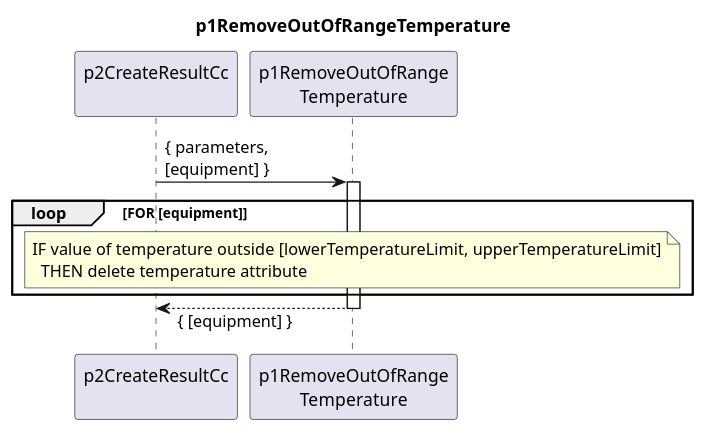
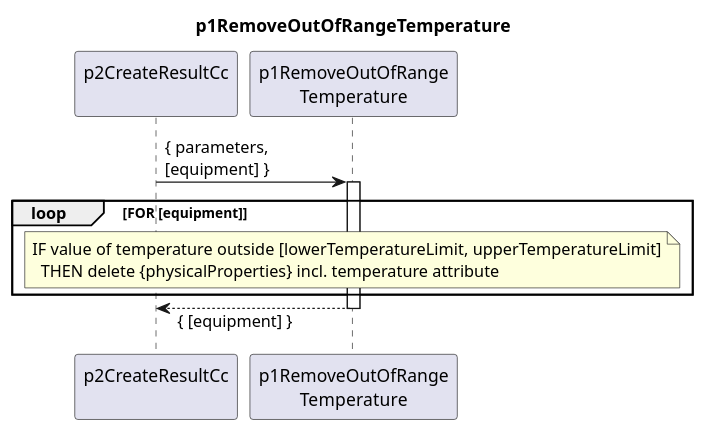
The diagram in spec/Functions/p2StreamPmData/p2ProcessDevice/p2CreateResultCc/p1RemoveOutOfRangeTemperature/1.0.0/p1RemoveOutOfRangeTemperature.plantuml (openBackhaul/DevicePerformanceManagementDataProcessor), drawn with PlantUML before and after one commit. The commit also changed 2 other files, not shown here.

Commit message:
Clarify handling of temperature in p1RemoveOutOfRangeTemperature

```diff
--- a/spec/Functions/p2StreamPmData/p2ProcessDevice/p2CreateResultCc/p1RemoveOutOfRangeTemperature/1.0.0/p1RemoveOutOfRangeTemperature.plantuml
+++ b/spec/Functions/p2StreamPmData/p2ProcessDevice/p2CreateResultCc/p1RemoveOutOfRangeTemperature/1.0.0/p1RemoveOutOfRangeTemperature.plantuml
@@ -1,27 +1,27 @@
 @startuml p1RemoveOutOfRangeTemperature
 skinparam responseMessageBelowArrow true
 
 title
   p1RemoveOutOfRangeTemperature
 end title
 
 participant "p2CreateResultCc\n" as requestor
 participant "p1RemoveOutOfRange\nTemperature" as removeTemp
 
 
   requestor -> removeTemp : { parameters,\n[equipment] }
   activate removeTemp
 
     loop FOR [equipment]
 
       note over removeTemp
         IF value of temperature outside [lowerTemperatureLimit, upperTemperatureLimit]
-          THEN delete temperature attribute
+          THEN delete {physicalProperties} incl. temperature attribute
       end note
 
     end loop
 
   requestor <-- removeTemp: { [equipment] }
   deactivate removeTemp
 
 @enduml
```
